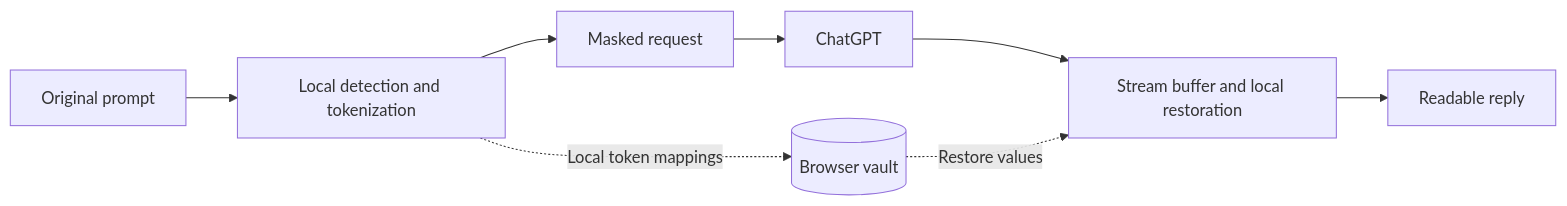
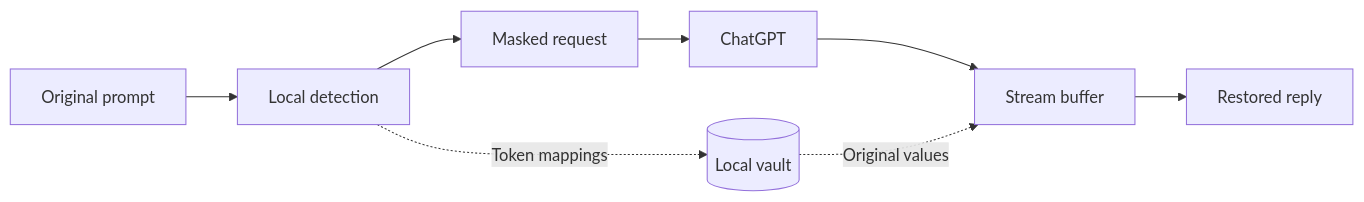
One commit to L-Logix/cloak changed the diagram in README.md. Above: the diagram before and after it, drawn with Mermaid. The commit also changed other lines of this file and 12 other files, not shown here.

````diff
--- a/README.md
+++ b/README.md
@@ -78,10 +78,10 @@
 ```mermaid
 flowchart LR
-    A[Original prompt] --> B[Local detection and tokenization]
+    A[Original prompt] --> B[Local detection]
     B --> C[Masked request]
     C --> D[ChatGPT]
-    D --> E[Stream buffer and local restoration]
-    E --> F[Readable reply]
-    B -. Local token mappings .-> V[(Browser vault)]
-    V -. Restore values .-> E
+    D --> E[Stream buffer]
+    E --> F[Restored reply]
+    B -. Token mappings .-> V[(Local vault)]
+    V -. Original values .-> E
 ```
````
